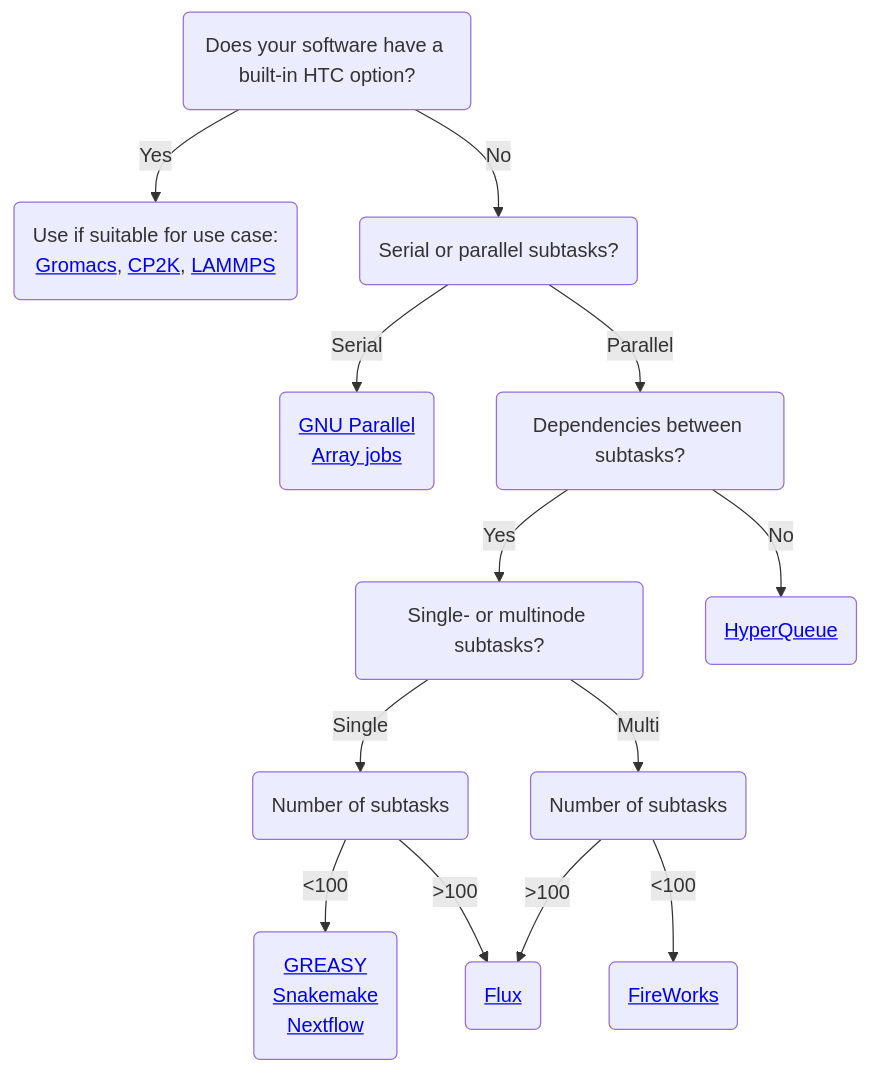
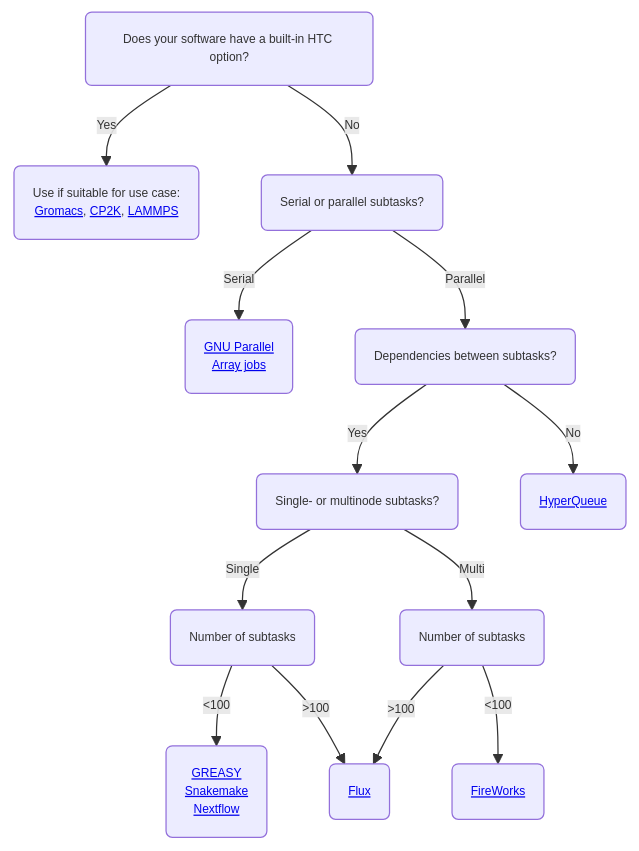
Before and after one commit to CSCfi/csc-user-guide: the first of 2 diagrams in docs/computing/running/throughput.md, drawn with Mermaid. The commit also changed other lines of this file, not shown here.

Commit message:
Decrease size

````diff
--- a/docs/computing/running/throughput.md
+++ b/docs/computing/running/throughput.md
@@ -50,15 +50,16 @@
 ```mermaid
+%%{init: {'theme': 'default', 'themeVariables': { 'fontSize': '0.6rem'}}}%%
 graph TD
     C(Does your software have a built-in HTC option?) -->|Yes| D("Use if suitable for use case:<br><a href='/apps/gromacs/#high-throughput-computing-with-gromacs'>Gromacs</a>, <a href='/apps/cp2k/#high-throughput-computing-with-gromacs'>CP2K</a>, <a href='/apps/lammps/#high-throughput-computing-with-gromacs'>LAMMPS</a>")
     C -->|No| E(Serial or parallel subtasks?)
     E -->|Serial| F(<a href='/support/tutorials/many/'>GNU Parallel</a><br><a href='/computing/running/array-jobs/'>Array jobs</a>)
     E -->|Parallel| G(Dependencies between subtasks?)
     G -->|Yes| H(Single- or multinode subtasks?)
     G -->|No| I(<a href='https://it4innovations.github.io/hyperqueue/stable/'>HyperQueue</a>)
     H -->|Single| J(Number of subtasks)
     H -->|Multi| K(Number of subtasks)
     J -->|<100| M(<a href='/computing/running/greasy/'>GREASY</a><br><a href='https://snakemake.readthedocs.io/en/stable/'>Snakemake</a><br><a href='/support/tutorials/nextflow-puhti/'>Nextflow</a>)
     K -->|<100| O(<a href='/computing/running/fireworks/'>FireWorks</a>)
     J -->|>100| L(<a href='http://flux-framework.org/'>Flux</a>)
     K -->|>100| L
 ```
````
